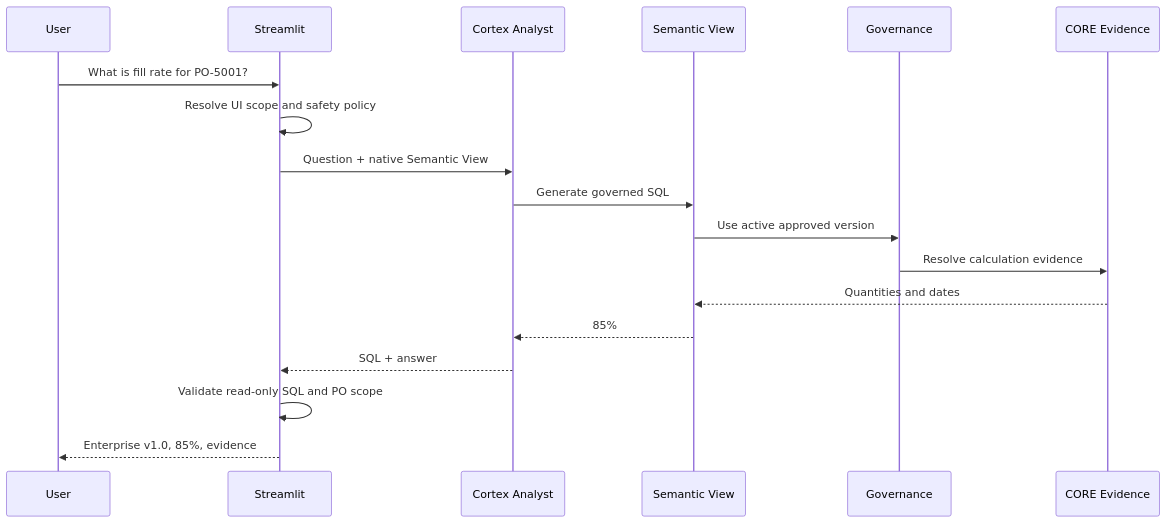
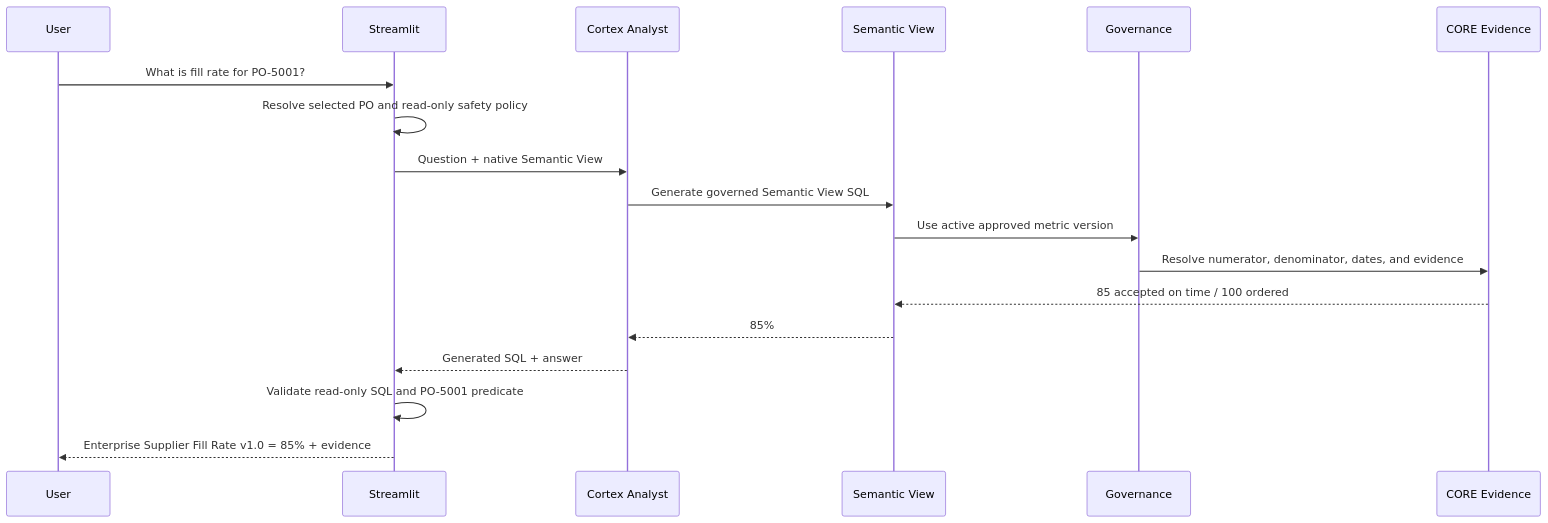
Before and after one commit to pankajadam-tech/chainproof-snowflake: the fourth of 7 diagrams in docs/ARCHITECTURE.md, drawn with Mermaid. The commit also changed other lines of this file, not shown here.

Commit message:
fix: add mermaid fencing and   markdown formatting to   ARCHITECTURE.md

````diff
--- a/docs/ARCHITECTURE.md
+++ b/docs/ARCHITECTURE.md
@@ -51,21 +132,21 @@
 ```mermaid
 sequenceDiagram
 participant U as User
 participant S as Streamlit
 participant A as Cortex Analyst
 participant SV as Semantic View
 participant G as Governance
 participant C as CORE Evidence
 
 U->>S: What is fill rate for PO-5001?
-S->>S: Resolve UI scope and safety policy
+S->>S: Resolve selected PO and read-only safety policy
 S->>A: Question + native Semantic View
-A->>SV: Generate governed SQL
-SV->>G: Use active approved version
-G->>C: Resolve calculation evidence
-C-->>SV: Quantities and dates
+A->>SV: Generate governed Semantic View SQL
+SV->>G: Use active approved metric version
+G->>C: Resolve numerator, denominator, dates, and evidence
+C-->>SV: 85 accepted on time / 100 ordered
 SV-->>A: 85%
-A-->>S: SQL + answer
-S->>S: Validate read-only SQL and PO scope
-S-->>U: Enterprise v1.0, 85%, evidence
+A-->>S: Generated SQL + answer
+S->>S: Validate read-only SQL and PO-5001 predicate
+S-->>U: Enterprise Supplier Fill Rate v1.0 = 85% + evidence
 ```
````
